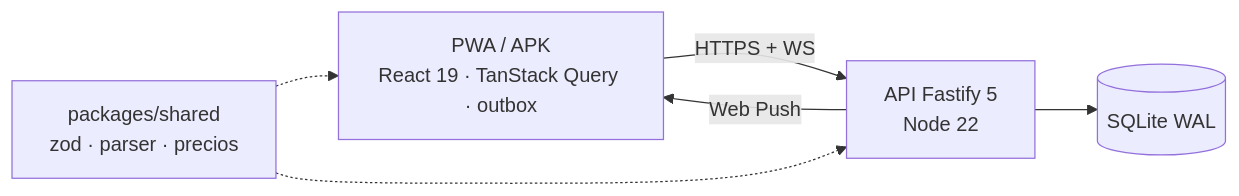
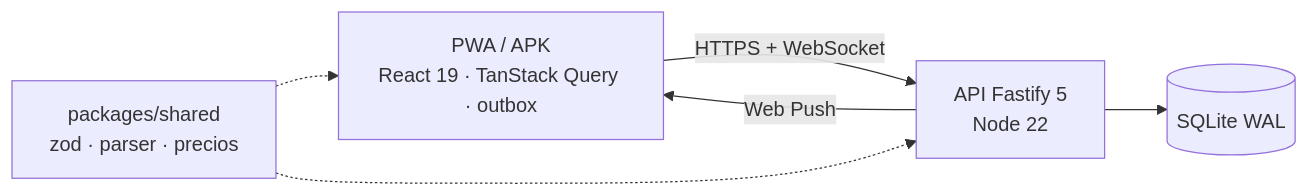
The diagram in README.md (jlgarciavalverde/compra-en-familia), drawn with Mermaid before and after one commit. The commit also changed other lines of this file and 6 other files, not shown here.

````diff
--- a/README.md
+++ b/README.md
@@ -23,8 +27,8 @@
 ```mermaid
 flowchart LR
-  pwa["PWA / APK<br/>React 19 · TanStack Query · outbox"] -- "HTTPS + WS" --> api["API Fastify 5<br/>Node 22"]
+  pwa["PWA / APK<br/>React 19 · TanStack Query · outbox"] -- "HTTPS + WebSocket" --> api["API Fastify 5<br/>Node 22"]
   api --> db[("SQLite WAL")]
   api -- "Web Push" --> pwa
   shared["packages/shared<br/>zod · parser · precios"] -.-> pwa
   shared -.-> api
 ```
````
